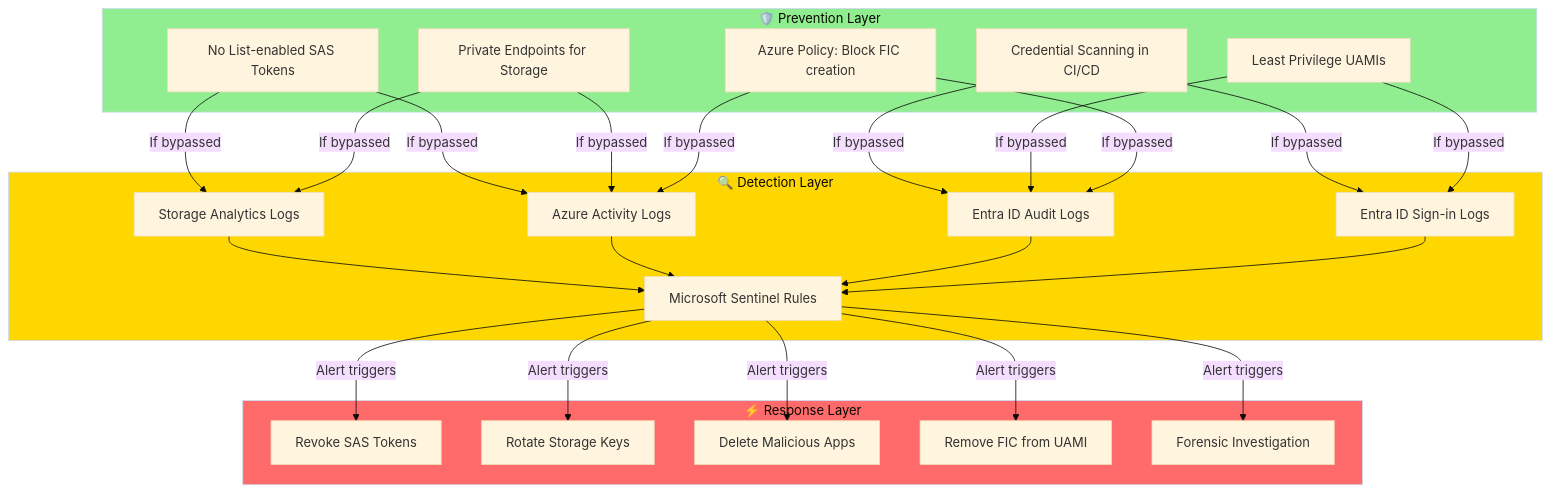
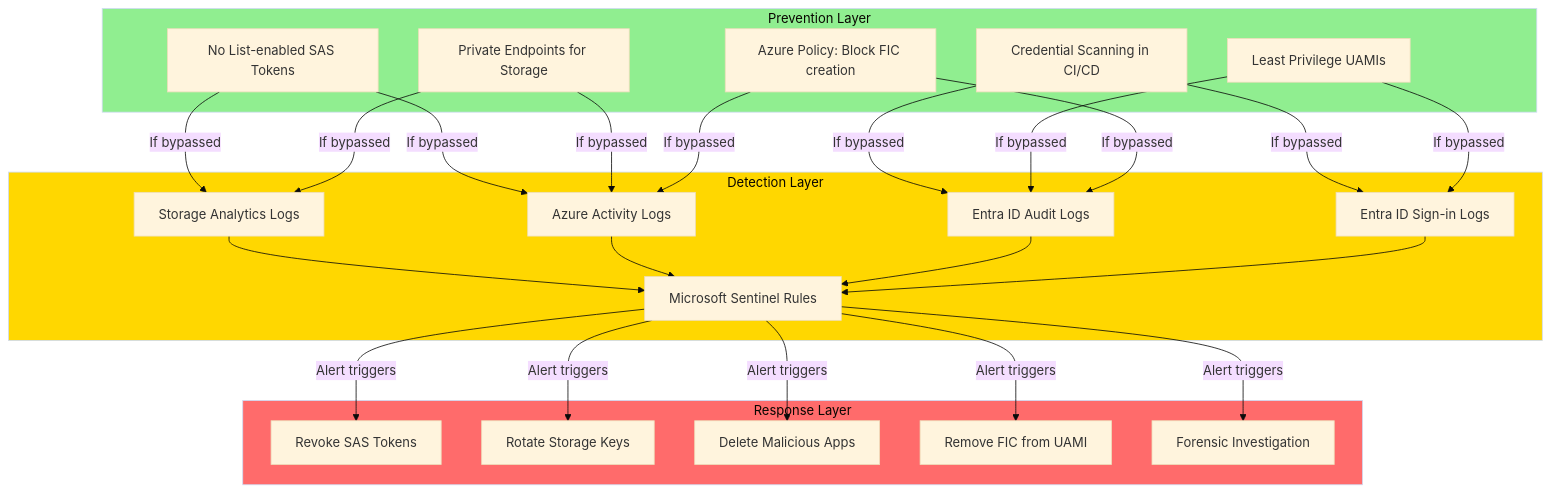
One commit to azurekid/mc2-connect changed the sixth of 6 diagrams in README.md. Above: the diagram before and after it, drawn with Mermaid (base theme). The commit also changed other lines of this file, not shown here.

````diff
--- a/README.md
+++ b/README.md
@@ -605,37 +605,37 @@
 ```mermaid
 flowchart TD
-    subgraph Prevention["🛡️ Prevention Layer"]
+    subgraph Prevention["Prevention Layer"]
         P1[No List-enabled SAS Tokens]
         P2[Private Endpoints for Storage]
         P3[Credential Scanning in CI/CD]
         P4[Least Privilege UAMIs]
         P5[Azure Policy: Block FIC creation]
     end
     
-    subgraph Detection["🔍 Detection Layer"]
+    subgraph Detection["Detection Layer"]
         D1[Storage Analytics Logs]
         D2[Azure Activity Logs]
         D3[Entra ID Audit Logs]
         D4[Entra ID Sign-in Logs]
         D5[Microsoft Sentinel Rules]
     end
     
-    subgraph Response["⚡ Response Layer"]
+    subgraph Response["Response Layer"]
         R1[Revoke SAS Tokens]
         R2[Rotate Storage Keys]
         R3[Delete Malicious Apps]
         R4[Remove FIC from UAMI]
         R5[Forensic Investigation]
     end
     
     P1 & P2 --> |"If bypassed"| D1 & D2
     P3 & P4 --> |"If bypassed"| D3 & D4
     P5 --> |"If bypassed"| D2 & D3
     
     D1 & D2 & D3 & D4 --> D5
     D5 --> |"Alert triggers"| R1 & R2 & R3 & R4 & R5
     
     style Prevention fill:#90EE90
     style Detection fill:#FFD700
     style Response fill:#FF6B6B
 ```
````
